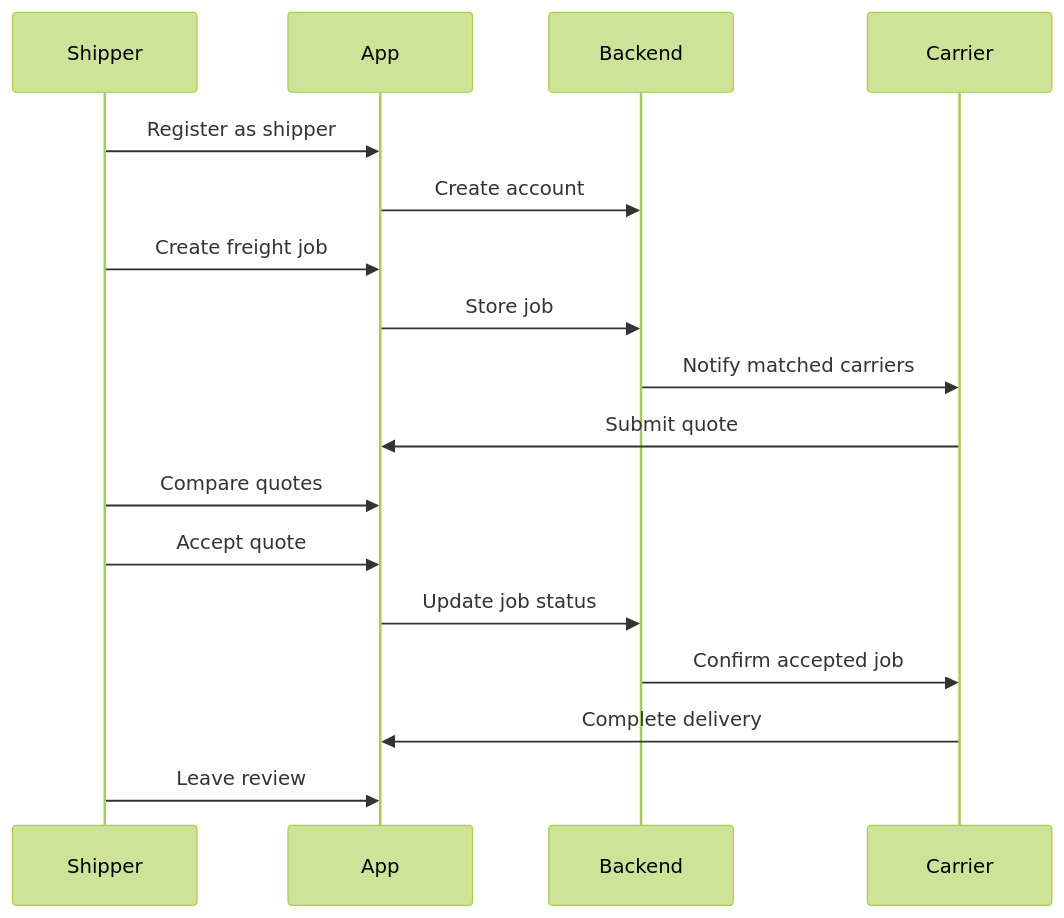
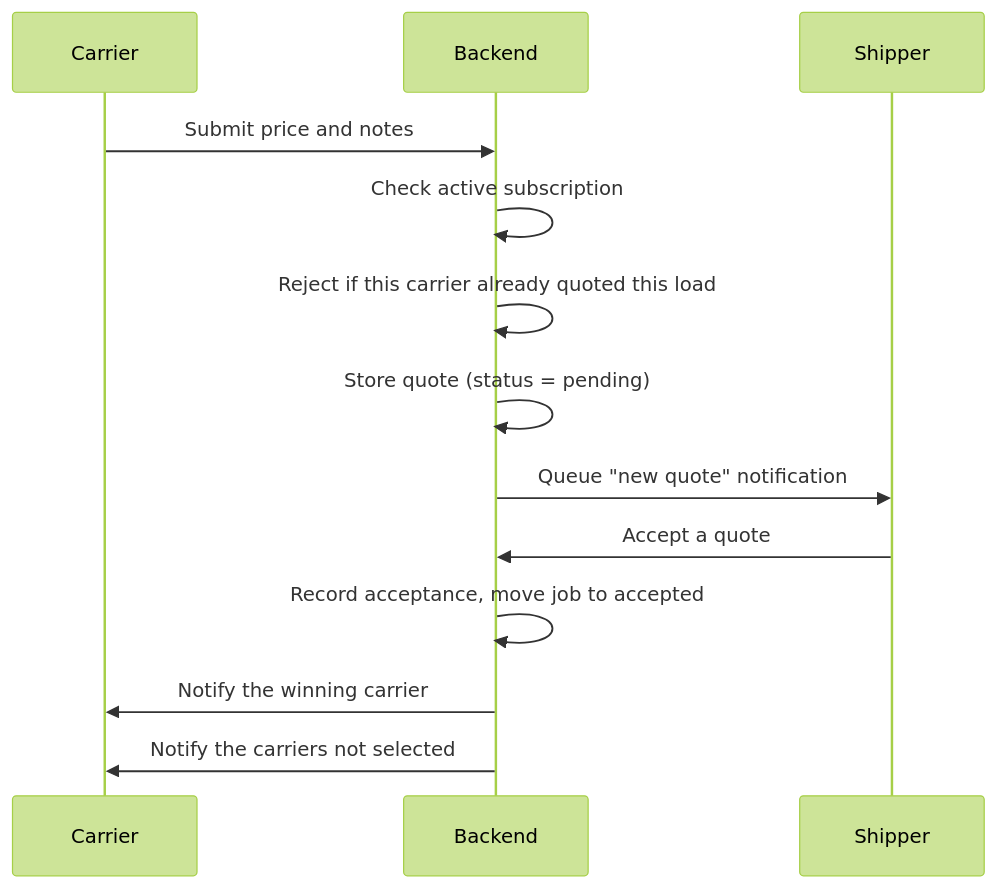
One commit to arbpra/freightmove-redesign changed the third of 7 diagrams in docs/07-workflows-and-diagrams.md. Above: the diagram before and after it, drawn with Mermaid (forest theme). The commit also changed other lines of this file and 13 other files, not shown here.

````diff
--- a/docs/07-workflows-and-diagrams.md
+++ b/docs/07-workflows-and-diagrams.md
@@ -5,20 +50,16 @@
 ```mermaid
 sequenceDiagram
+    participant C as Carrier
+    participant B as Backend
     participant S as Shipper
-    participant A as App
-    participant B as Backend
-    participant C as Carrier
 
-    S->>A: Register as shipper
-    A->>B: Create account
-    S->>A: Create freight job
-    A->>B: Store job
-    B->>C: Notify matched carriers
-    C->>A: Submit quote
-    S->>A: Compare quotes
-    S->>A: Accept quote
-    A->>B: Update job status
-    B->>C: Confirm accepted job
-    C->>A: Complete delivery
-    S->>A: Leave review
+    C->>B: Submit price and notes
+    B->>B: Check active subscription
+    B->>B: Reject if this carrier already quoted this load
+    B->>B: Store quote (status = pending)
+    B->>S: Queue "new quote" notification
+    S->>B: Accept a quote
+    B->>B: Record acceptance, move job to accepted
+    B->>C: Notify the winning carrier
+    B->>C: Notify the carriers not selected
 ```
````
